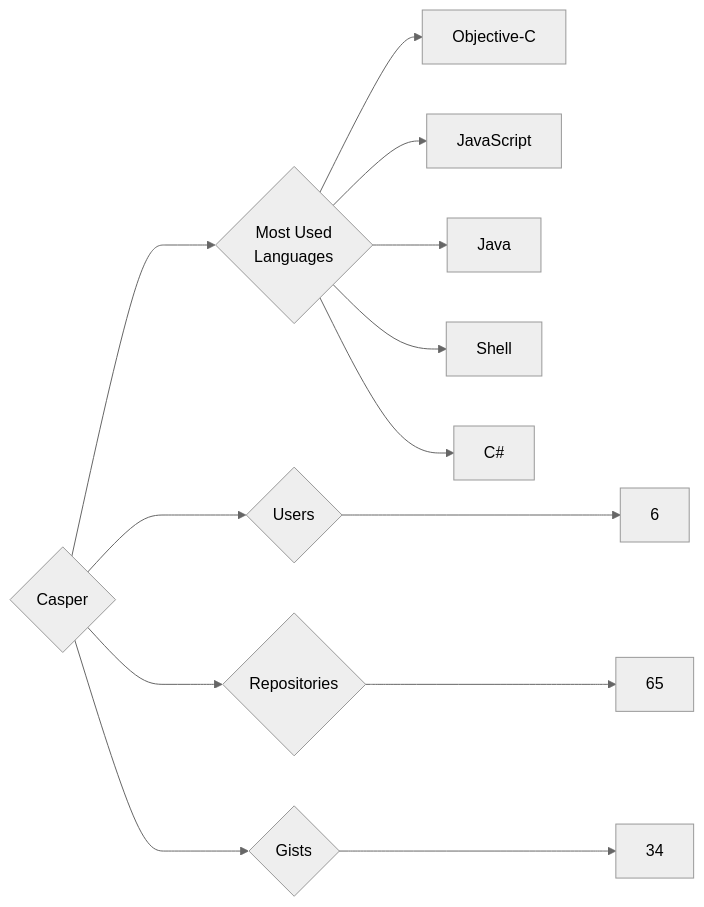
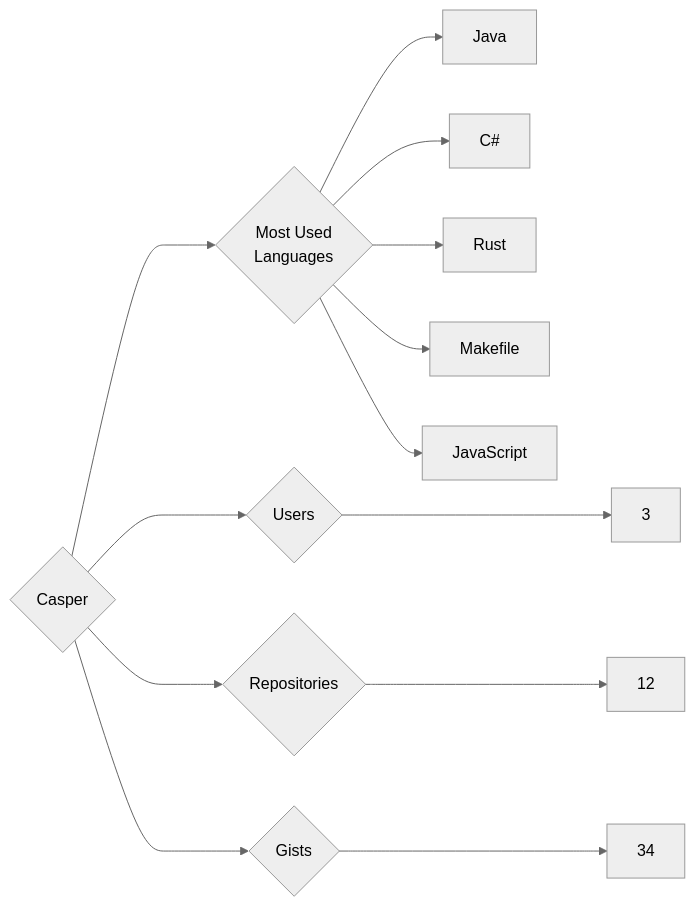
Before and after one commit to trickest/insiders: the diagram in targets/Casper/README.md, drawn with Mermaid (neutral theme). The commit also changed 988 other files, not shown here.

````diff
--- a/targets/Casper/README.md
+++ b/targets/Casper/README.md
@@ -3,13 +3,13 @@
 ```mermaid
 graph LR
 COMPANY_NAME{Casper}
-COMPANY_NAME ---> U{Users} ---> UN[6]
-COMPANY_NAME ---> R{Repositories} ---> RN[65]
+COMPANY_NAME ---> U{Users} ---> UN[3]
+COMPANY_NAME ---> R{Repositories} ---> RN[12]
 COMPANY_NAME ---> G{Gists} ---> GN[34]
 COMPANY_NAME ---> ML{Most Used<br>Languages}
-ML --> Objective-C[Objective-C]
+ML --> Java[Java]
+ML --> C#[C#]
+ML --> Rust[Rust]
+ML --> Makefile[Makefile]
 ML --> JavaScript[JavaScript]
-ML --> Java[Java]
-ML --> Shell[Shell]
-ML --> C#[C#]
 ```
````
